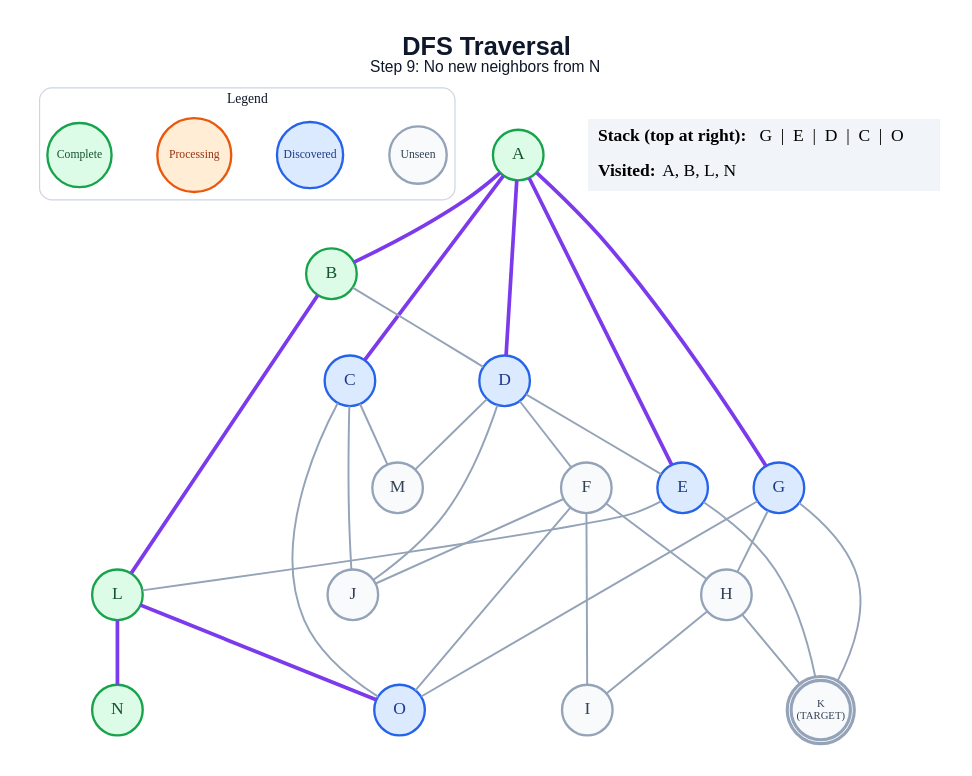
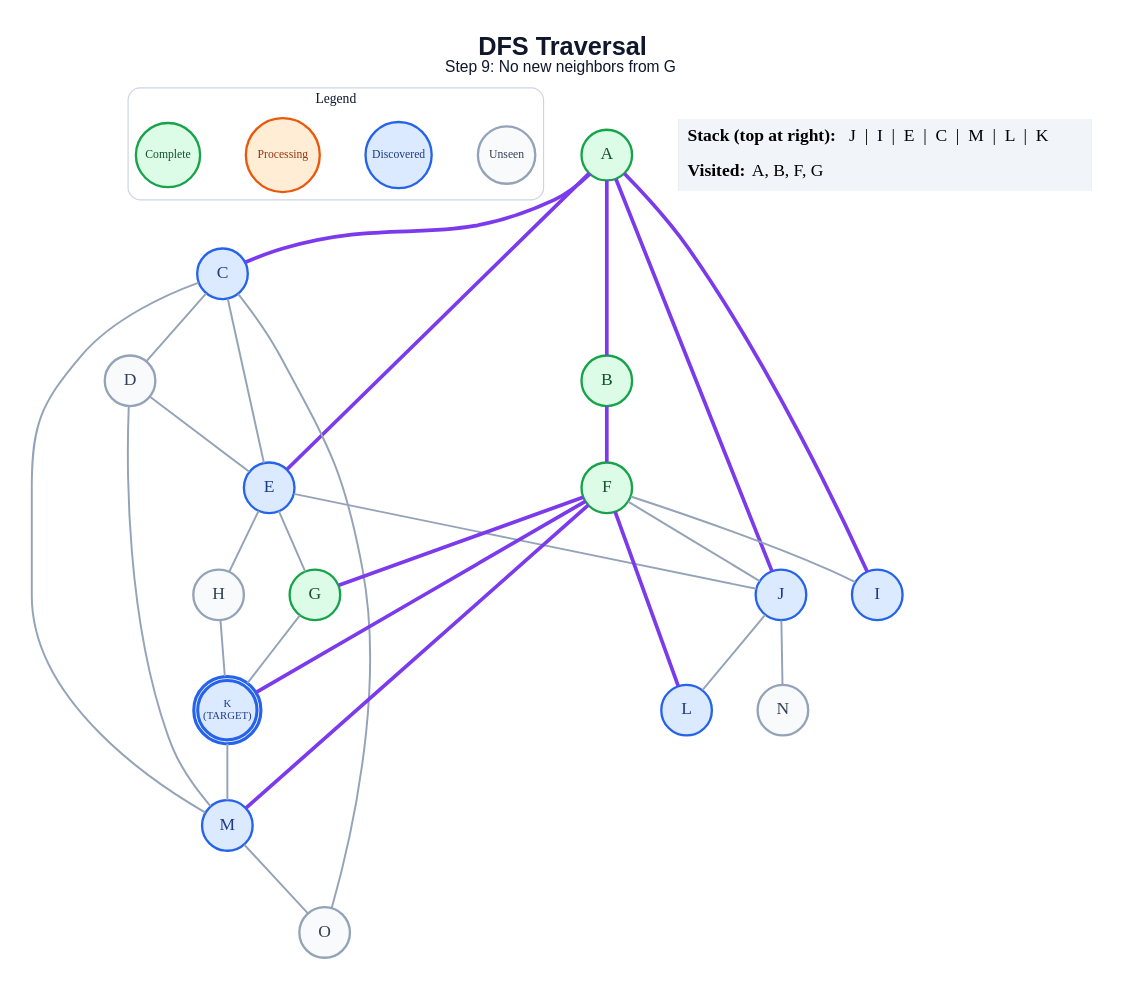
The diagram in generated/specific-node/dfs/step_09.dot (anon7238593-create/ai-slop), drawn with Graphviz before and after one commit. The commit also changed 278 other files, not shown here.

```diff
--- a/generated/specific-node/dfs/step_09.dot
+++ b/generated/specific-node/dfs/step_09.dot
@@ -1,61 +1,61 @@
 graph traversal {
   graph [layout=dot, rankdir=TB, bgcolor="#FFFFFF", pad="0.35", nodesep="0.65", ranksep="0.8", fontname="Arial"];
   node [shape=circle, style="filled", fontname="Arial Bold", fontsize=18, width=0.72, fixedsize=true, penwidth=2.4];
   edge [color="#94A3B8", penwidth=2.0];
-  label=<<B>DFS Traversal</B><BR/><FONT POINT-SIZE="16">Step 9: No new neighbors from N</FONT>>; labelloc="t"; fontsize=26; fontname="Arial"; fontcolor="#0F172A";
+  label=<<B>DFS Traversal</B><BR/><FONT POINT-SIZE="16">Step 9: No new neighbors from G</FONT>>; labelloc="t"; fontsize=26; fontname="Arial"; fontcolor="#0F172A";
   subgraph cluster_legend { label="Legend"; color="#CBD5E1"; penwidth=1.2; style="rounded"; fontsize=14; fontname="Arial Bold";
     key_unseen [label="Unseen", fillcolor="#F8FAFC", color="#94A3B8", fontcolor="#334155", fontsize=12, width=0.82];
     key_frontier [label="Discovered", fillcolor="#DBEAFE", color="#2563EB", fontcolor="#1E3A8A", fontsize=12, width=0.95];
     key_current [label="Processing", fillcolor="#FFEDD5", color="#EA580C", fontcolor="#9A3412", fontsize=12, width=1.05];
     key_done [label="Complete", fillcolor="#DCFCE7", color="#16A34A", fontcolor="#14532D", fontsize=12, width=0.92];
     { rank=same; key_unseen; key_frontier; key_current; key_done; }
   }
   A [label="A", fillcolor="#DCFCE7", color="#16A34A", fontcolor="#14532D", peripheries=1, penwidth=2.4];
   B [label="B", fillcolor="#DCFCE7", color="#16A34A", fontcolor="#14532D", peripheries=1, penwidth=2.4];
   C [label="C", fillcolor="#DBEAFE", color="#2563EB", fontcolor="#1E3A8A", peripheries=1, penwidth=2.4];
-  D [label="D", fillcolor="#DBEAFE", color="#2563EB", fontcolor="#1E3A8A", peripheries=1, penwidth=2.4];
+  D [label="D", fillcolor="#F8FAFC", color="#94A3B8", fontcolor="#334155", peripheries=1, penwidth=2.4];
   E [label="E", fillcolor="#DBEAFE", color="#2563EB", fontcolor="#1E3A8A", peripheries=1, penwidth=2.4];
-  F [label="F", fillcolor="#F8FAFC", color="#94A3B8", fontcolor="#334155", peripheries=1, penwidth=2.4];
-  G [label="G", fillcolor="#DBEAFE", color="#2563EB", fontcolor="#1E3A8A", peripheries=1, penwidth=2.4];
+  F [label="F", fillcolor="#DCFCE7", color="#16A34A", fontcolor="#14532D", peripheries=1, penwidth=2.4];
+  G [label="G", fillcolor="#DCFCE7", color="#16A34A", fontcolor="#14532D", peripheries=1, penwidth=2.4];
   H [label="H", fillcolor="#F8FAFC", color="#94A3B8", fontcolor="#334155", peripheries=1, penwidth=2.4];
-  I [label="I", fillcolor="#F8FAFC", color="#94A3B8", fontcolor="#334155", peripheries=1, penwidth=2.4];
-  J [label="J", fillcolor="#F8FAFC", color="#94A3B8", fontcolor="#334155", peripheries=1, penwidth=2.4];
-  K [label="K\n(TARGET)", fillcolor="#F8FAFC", color="#94A3B8", fontcolor="#334155", peripheries=2, penwidth=3.2, fontsize=11, width=0.85, height=0.85];
-  L [label="L", fillcolor="#DCFCE7", color="#16A34A", fontcolor="#14532D", peripheries=1, penwidth=2.4];
-  M [label="M", fillcolor="#F8FAFC", color="#94A3B8", fontcolor="#334155", peripheries=1, penwidth=2.4];
-  N [label="N", fillcolor="#DCFCE7", color="#16A34A", fontcolor="#14532D", peripheries=1, penwidth=2.4];
-  O [label="O", fillcolor="#DBEAFE", color="#2563EB", fontcolor="#1E3A8A", peripheries=1, penwidth=2.4];
+  I [label="I", fillcolor="#DBEAFE", color="#2563EB", fontcolor="#1E3A8A", peripheries=1, penwidth=2.4];
+  J [label="J", fillcolor="#DBEAFE", color="#2563EB", fontcolor="#1E3A8A", peripheries=1, penwidth=2.4];
+  K [label="K\n(TARGET)", fillcolor="#DBEAFE", color="#2563EB", fontcolor="#1E3A8A", peripheries=2, penwidth=3.2, fontsize=11, width=0.85, height=0.85];
+  L [label="L", fillcolor="#DBEAFE", color="#2563EB", fontcolor="#1E3A8A", peripheries=1, penwidth=2.4];
+  M [label="M", fillcolor="#DBEAFE", color="#2563EB", fontcolor="#1E3A8A", peripheries=1, penwidth=2.4];
+  N [label="N", fillcolor="#F8FAFC", color="#94A3B8", fontcolor="#334155", peripheries=1, penwidth=2.4];
+  O [label="O", fillcolor="#F8FAFC", color="#94A3B8", fontcolor="#334155", peripheries=1, penwidth=2.4];
   A -- B [color="#7C3AED", penwidth=3.8];
   A -- C [color="#7C3AED", penwidth=3.8];
-  A -- D [color="#7C3AED", penwidth=3.8];
   A -- E [color="#7C3AED", penwidth=3.8];
-  A -- G [color="#7C3AED", penwidth=3.8];
-  B -- D;
-  B -- L [color="#7C3AED", penwidth=3.8];
-  C -- J;
+  A -- I [color="#7C3AED", penwidth=3.8];
+  A -- J [color="#7C3AED", penwidth=3.8];
+  B -- F [color="#7C3AED", penwidth=3.8];
+  C -- D;
+  C -- E;
   C -- M;
   C -- O;
   D -- E;
-  D -- F;
-  D -- J;
   D -- M;
-  E -- K;
-  E -- L;
-  F -- H;
+  E -- G;
+  E -- H;
+  E -- J;
+  F -- G [color="#7C3AED", penwidth=3.8];
   F -- I;
   F -- J;
-  F -- O;
-  G -- H;
+  F -- K [color="#7C3AED", penwidth=3.8];
+  F -- L [color="#7C3AED", penwidth=3.8];
+  F -- M [color="#7C3AED", penwidth=3.8];
   G -- K;
-  G -- O;
-  H -- I;
   H -- K;
-  L -- N [color="#7C3AED", penwidth=3.8];
-  L -- O [color="#7C3AED", penwidth=3.8];
+  J -- L;
+  J -- N;
+  K -- M;
+  M -- O;
   status [shape=plain, fixedsize=false, width=0, height=0, margin=0, label=<
     <TABLE BORDER="0" CELLBORDER="0" CELLPADDING="7" BGCOLOR="#F1F5F9">
-      <TR><TD ALIGN="LEFT"><B>Stack (top at right):</B> G  |  E  |  D  |  C  |  O</TD></TR>
-      <TR><TD ALIGN="LEFT"><B>Visited:</B> A, B, L, N</TD></TR>
+      <TR><TD ALIGN="LEFT"><B>Stack (top at right):</B> J  |  I  |  E  |  C  |  M  |  L  |  K</TD></TR>
+      <TR><TD ALIGN="LEFT"><B>Visited:</B> A, B, F, G</TD></TR>
     </TABLE>
   >];
 }
```
